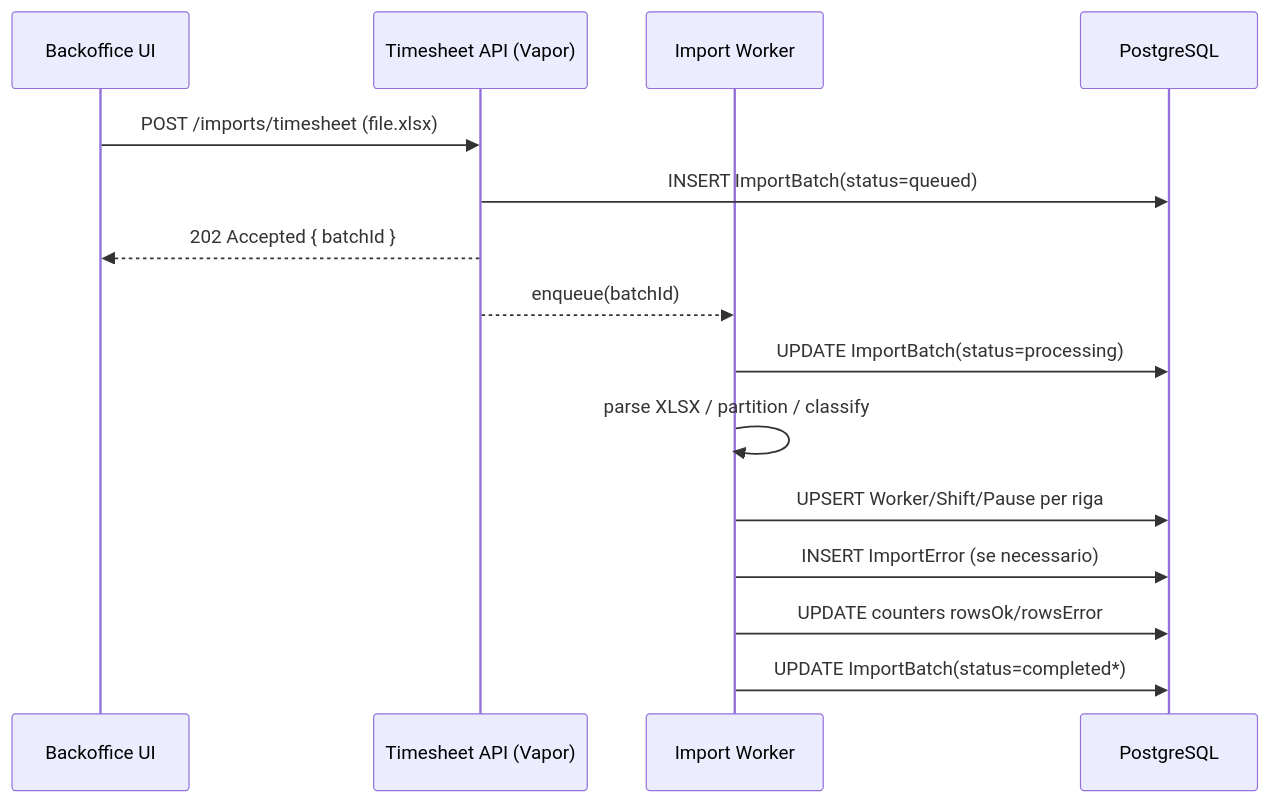
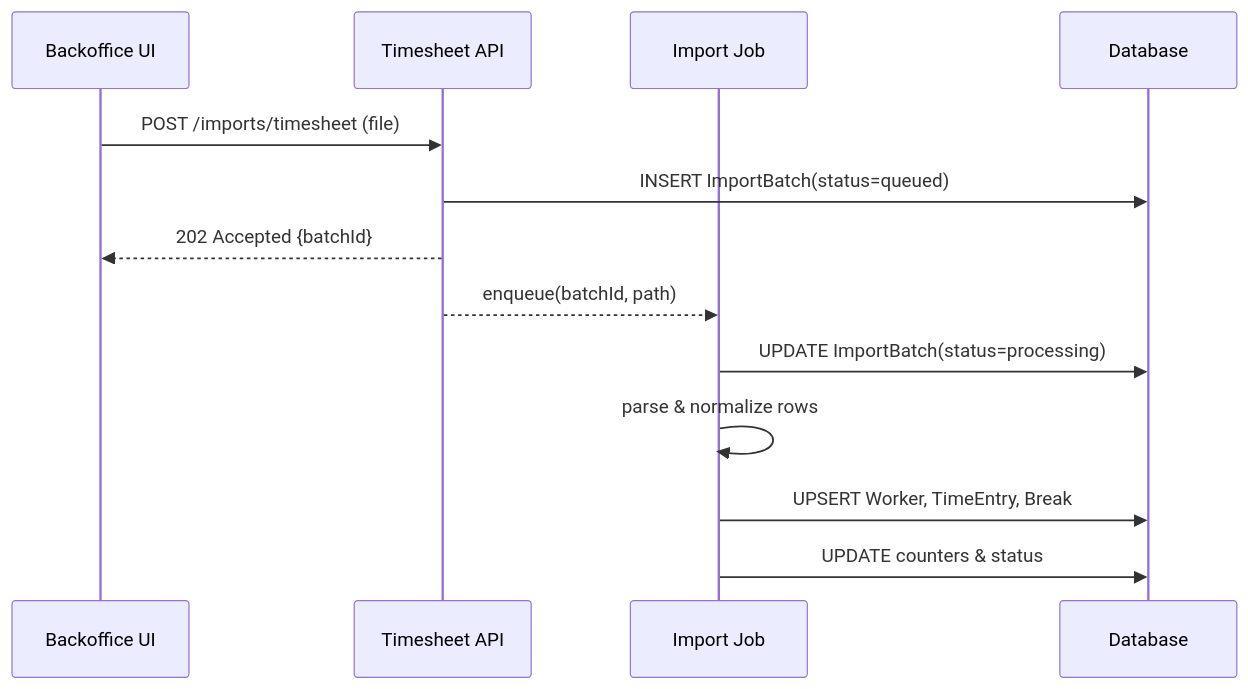
Before and after one commit to FlowPay/workplace.timesheets: the first of 2 diagrams in docs/description.md, drawn with Mermaid. The commit also changed other lines of this file and 35 other files, not shown here.

````diff
--- a/docs/description.md
+++ b/docs/description.md
@@ -273,18 +12,15 @@
 ```mermaid
 sequenceDiagram
     participant UI as Backoffice UI
-    participant API as Timesheet API (Vapor)
-    participant W as Import Worker
-    participant DB as PostgreSQL
-
-    UI->>API: POST /imports/timesheet (file.xlsx)
+    participant API as Timesheet API
+    participant J as Import Job
+    participant DB as Database
+    UI->>API: POST /imports/timesheet (file)
     API->>DB: INSERT ImportBatch(status=queued)
-    API-->>UI: 202 Accepted { batchId }
-    API-->>W: enqueue(batchId)
-    W->>DB: UPDATE ImportBatch(status=processing)
-    W->>W: parse XLSX / partition / classify
-    W->>DB: UPSERT Worker/Shift/Pause per riga
-    W->>DB: INSERT ImportError (se necessario)
-    W->>DB: UPDATE counters rowsOk/rowsError
-    W->>DB: UPDATE ImportBatch(status=completed*)
+    API-->>UI: 202 Accepted {batchId}
+    API-->>J: enqueue(batchId, path)
+    J->>DB: UPDATE ImportBatch(status=processing)
+    J->>J: parse & normalize rows
+    J->>DB: UPSERT Worker, TimeEntry, Break
+    J->>DB: UPDATE counters & status
 ```
````
